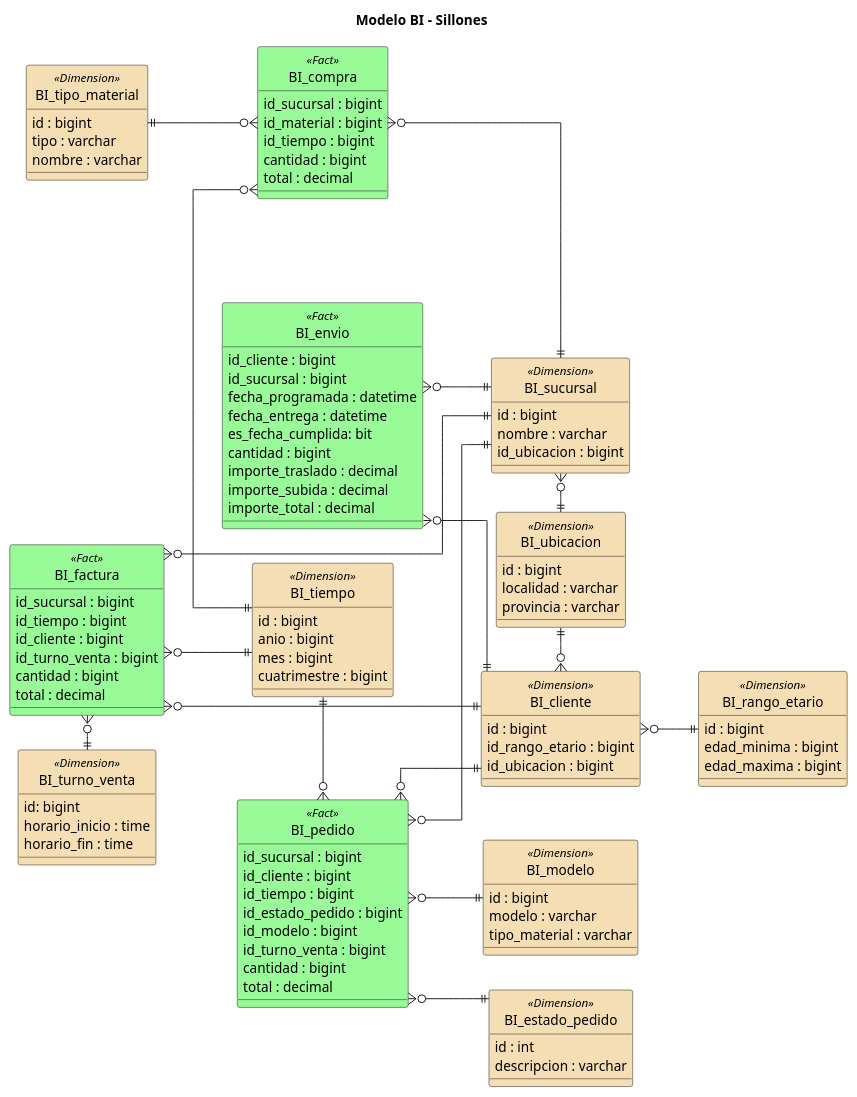
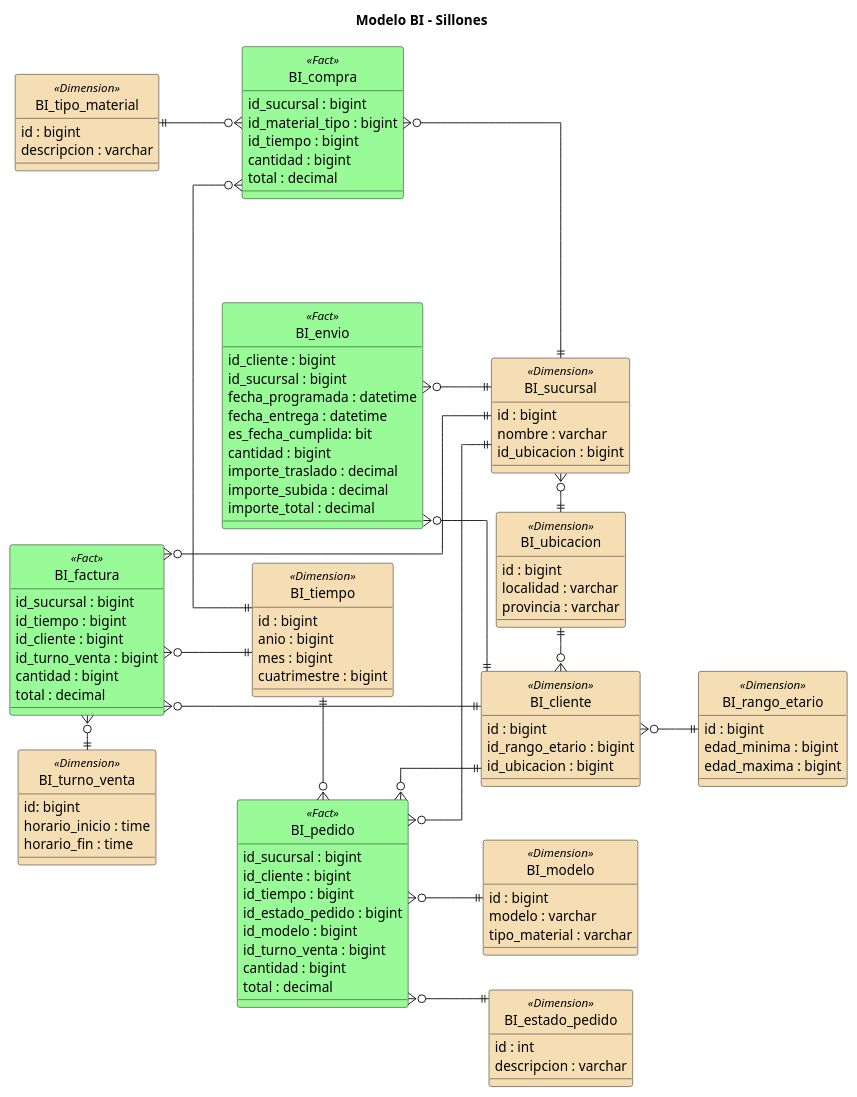
One commit to andrycarrasco/rejunte-sa-91 changed the diagram in der/bi_der.puml. Above: the diagram before and after it, drawn with PlantUML. The commit also changed 2 other files, not shown here.

```diff
--- a/der/bi_der.puml
+++ b/der/bi_der.puml
@@ -1,132 +1,131 @@
 @startuml Modelo BI - Sillones
 skinparam linetype ortho
 hide circle
 skinparam shadowing false
 title Modelo BI - Sillones
 left to right direction
 
 skinparam class {
   BackgroundColor<<Fact>> PaleGreen
   BackgroundColor<<Dimension>> Wheat
 }
 
 ' Hechos
 entity BI_factura <<Fact>> {
     id_sucursal : bigint
     id_tiempo : bigint
     id_cliente : bigint
     id_turno_venta : bigint
     cantidad : bigint
     total : decimal
 }
 entity BI_pedido <<Fact>> {
     id_sucursal : bigint
     id_cliente : bigint
     id_tiempo : bigint
     id_estado_pedido : bigint
     id_modelo : bigint
     id_turno_venta : bigint
     cantidad : bigint
     total : decimal
 }
 
 entity BI_compra <<Fact>> {
     id_sucursal : bigint
-    id_material : bigint
+    id_material_tipo : bigint
     id_tiempo : bigint
     cantidad : bigint
     total : decimal
 }
 
 entity BI_envio <<Fact>> {
     id_cliente : bigint
     id_sucursal : bigint
     fecha_programada : datetime
     fecha_entrega : datetime
     es_fecha_cumplida: bit
     cantidad : bigint
     importe_traslado : decimal
     importe_subida : decimal
     importe_total : decimal
 }
 
 ' Dimensiones
 entity BI_tiempo <<Dimension>> {
     id : bigint
     anio : bigint
     mes : bigint
     cuatrimestre : bigint
 }
 
 entity BI_ubicacion <<Dimension>> {
     id : bigint
     localidad : varchar
     provincia : varchar
 }
 
 entity BI_sucursal <<Dimension>> {
     id : bigint
     nombre : varchar
     id_ubicacion : bigint
 }
 
 entity BI_modelo <<Dimension>> {
     id : bigint
     modelo : varchar
     tipo_material : varchar
 }
 
 entity BI_rango_etario <<Dimension>> {
     id : bigint
     edad_minima : bigint
     edad_maxima : bigint
 }
 
 entity BI_turno_venta <<Dimension>> {
     id: bigint
     horario_inicio : time
     horario_fin : time
 }
 
 entity BI_estado_pedido <<Dimension>> {
     id : int
     descripcion : varchar
 }
 
 entity BI_tipo_material <<Dimension>> {
     id : bigint
-    tipo : varchar
-    nombre : varchar
+    descripcion : varchar
 }
 
 entity BI_cliente <<Dimension>> {
     id : bigint
     id_rango_etario : bigint
     id_ubicacion : bigint
 }
 
 ' Relaciones
 BI_envio }o--|| BI_cliente
 BI_envio }o--|| BI_sucursal
 
 BI_factura }o--|| BI_sucursal
 BI_factura }o--|| BI_tiempo
 BI_factura }o--|| BI_cliente
 BI_factura }o-right-|| BI_turno_venta
 
 BI_pedido }o--|| BI_sucursal
 BI_pedido }o--|| BI_cliente
 BI_pedido }o-left-|| BI_tiempo
 BI_pedido }o--|| BI_estado_pedido
 BI_pedido }o--|| BI_modelo
 
 BI_compra }o-down-|| BI_sucursal
 BI_compra }o-up-|| BI_tipo_material
 BI_compra }o-right-|| BI_tiempo
 
 BI_cliente }o--|| BI_rango_etario
 
 BI_ubicacion ||-left-o{ BI_sucursal
 BI_ubicacion ||-right-o{ BI_cliente
 
 @enduml
```
